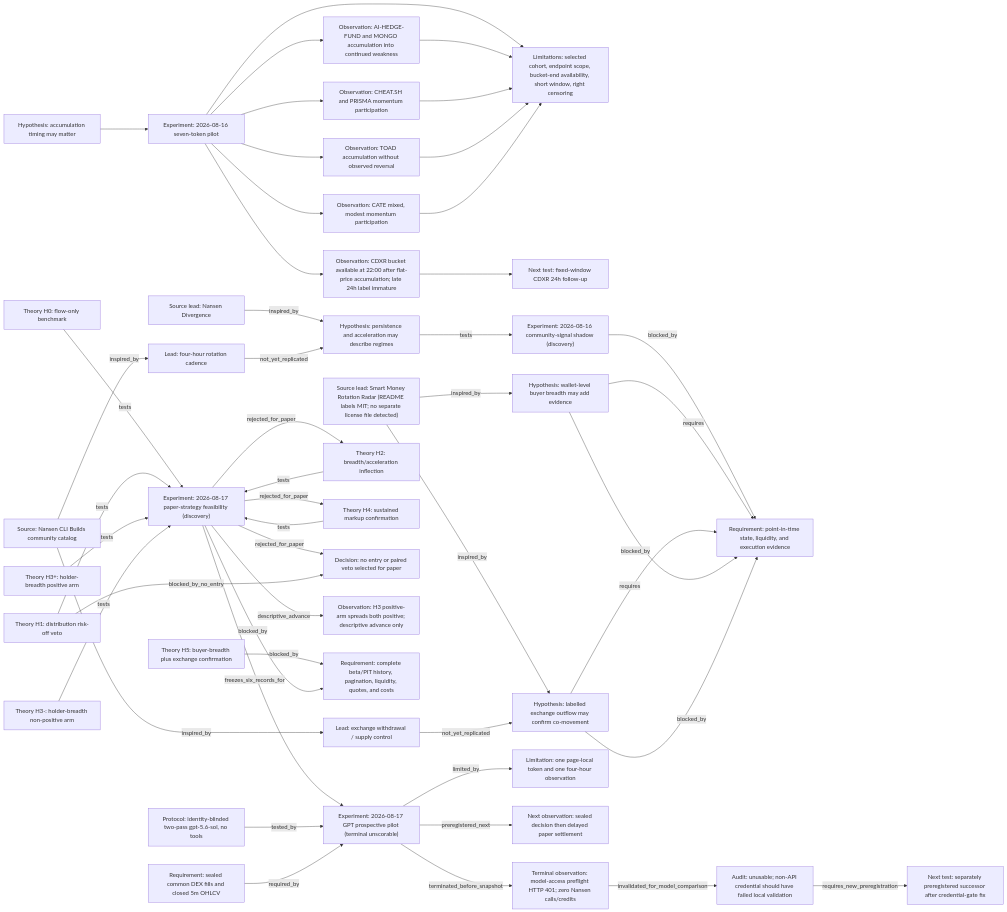
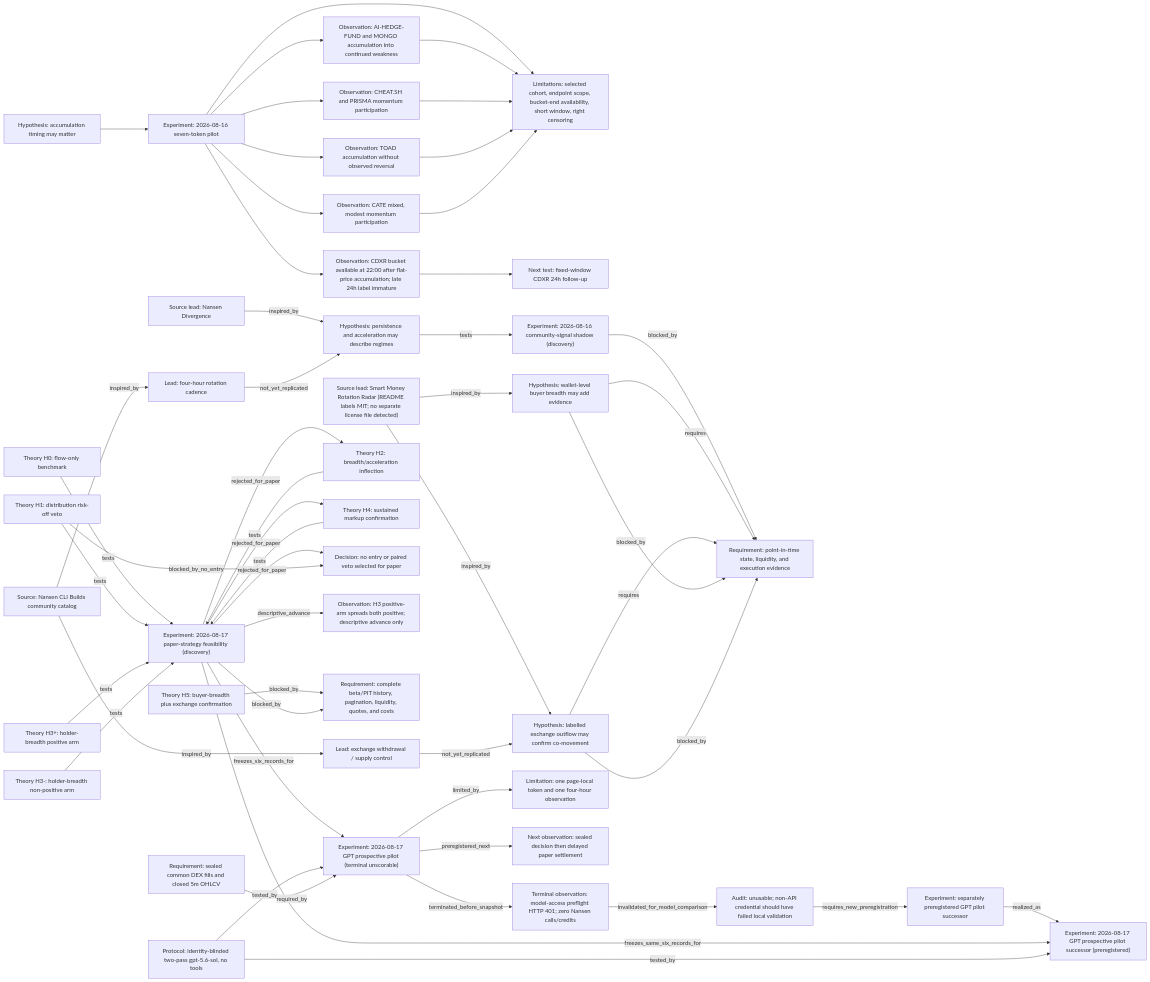
Before and after one commit to u-dont-existDOTcom/nansen: the diagram in docs/RESEARCH-GRAPH.md, drawn with Mermaid. The commit also changed other lines of this file and 7 other files, not shown here.

Commit message:
Preregister prospective GPT pilot successor

````diff
--- a/docs/RESEARCH-GRAPH.md
+++ b/docs/RESEARCH-GRAPH.md
@@ -85,7 +85,8 @@
     next_gpt_prospective_outcome["Next observation: sealed decision then delayed paper settlement"]
     obs_gpt_preflight_401["Terminal observation: model-access preflight HTTP 401; zero Nansen calls/credits"]
     audit_gpt_pilot_invalidated["Audit: unusable; non-API credential should have failed local validation"]
-    next_gpt_successor_preregistration["Next test: separately preregistered successor after credential-gate fix"]
+    next_gpt_successor_preregistration["Experiment: separately preregistered GPT pilot successor"]
+    exp_20260817_gpt_prospective_pilot_successor["Experiment: 2026-08-17 GPT prospective pilot successor (preregistered)"]
 
     exp_20260817_paper_strategy_feasibility -->|freezes_six_records_for| exp_20260817_gpt_prospective_pilot
     protocol_identity_blinded_gpt -->|tested_by| exp_20260817_gpt_prospective_pilot
@@ -95,4 +96,7 @@
     exp_20260817_gpt_prospective_pilot -->|terminated_before_snapshot| obs_gpt_preflight_401
     obs_gpt_preflight_401 -->|invalidated_for_model_comparison| audit_gpt_pilot_invalidated
     audit_gpt_pilot_invalidated -->|requires_new_preregistration| next_gpt_successor_preregistration
+    next_gpt_successor_preregistration -->|realized_as| exp_20260817_gpt_prospective_pilot_successor
+    exp_20260817_paper_strategy_feasibility -->|freezes_same_six_records_for| exp_20260817_gpt_prospective_pilot_successor
+    protocol_identity_blinded_gpt -->|tested_by| exp_20260817_gpt_prospective_pilot_successor
 ```
````
